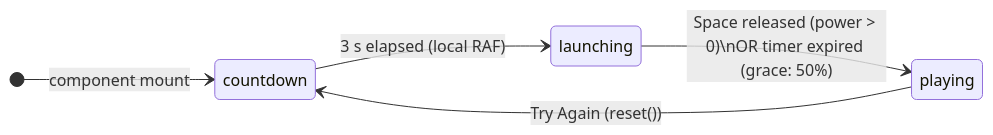
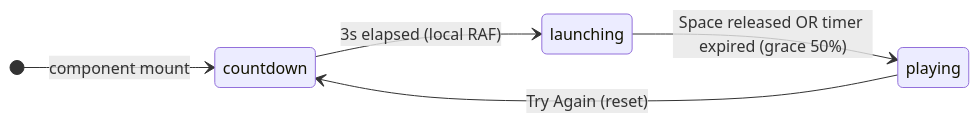
Before and after one commit to mohasinac/2.5D-Game: the third of 5 diagrams in research/diagrams/diagram-sequence-launch.md, drawn with Mermaid. The commit also changed other lines of this file and 80 other files, not shown here.

````diff
--- a/research/diagrams/diagram-sequence-launch.md
+++ b/research/diagrams/diagram-sequence-launch.md
@@ -82,8 +82,8 @@
 ```mermaid
 stateDiagram-v2
   direction LR
   [*] --> countdown : component mount
-  countdown --> launching : 3 s elapsed (local RAF)
-  launching --> playing : Space released (power > 0)\nOR timer expired (grace: 50%)
-  playing --> countdown : Try Again (reset())
+  countdown --> launching : 3s elapsed (local RAF)
+  launching --> playing : Space released OR timer expired (grace 50%)
+  playing --> countdown : Try Again (reset)
 ```
````
